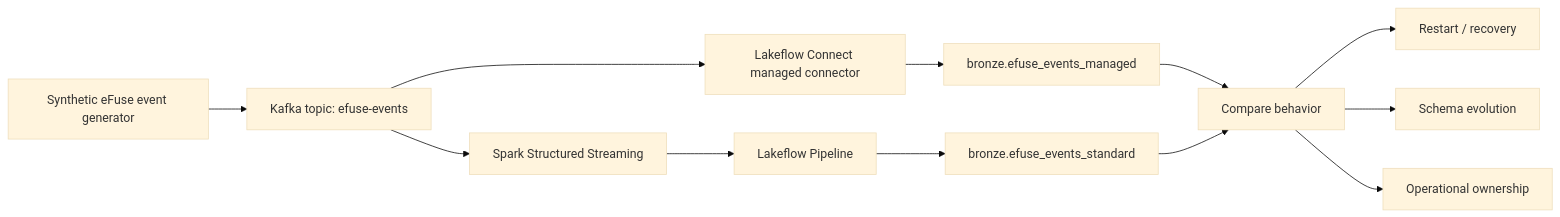
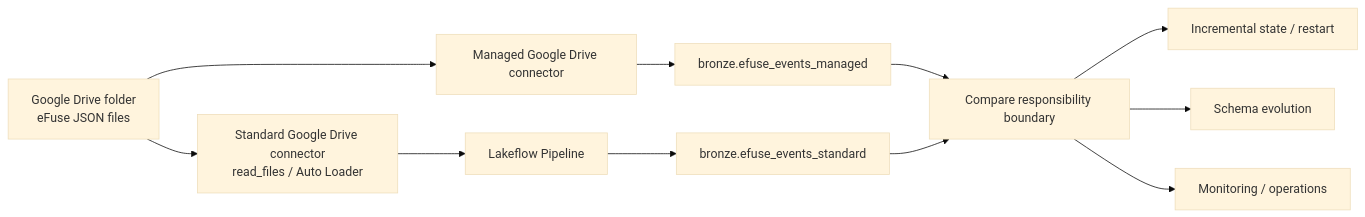
The diagram in docs/architecture.md (jayaprakash87/lakeflow-connect-learning), drawn with Mermaid (base theme) before and after one commit. The commit also changed other lines of this file, not shown here.

Commit message:
Update architecture for Google Drive comparison

````diff
--- a/docs/architecture.md
+++ b/docs/architecture.md
@@ -3,18 +5,18 @@
 ```mermaid
 flowchart LR
-    G[Synthetic eFuse event generator] --> K[Kafka topic: efuse-events]
+    G[Google Drive folder<br/>eFuse JSON files]
 
-    K --> M[Lakeflow Connect managed connector]
+    G --> M[Managed Google Drive connector]
     M --> BM[bronze.efuse_events_managed]
 
-    K --> S[Spark Structured Streaming]
+    G --> S[Standard Google Drive connector<br/>read_files / Auto Loader]
     S --> P[Lakeflow Pipeline]
     P --> BS[bronze.efuse_events_standard]
 
-    BM --> C[Compare behavior]
+    BM --> C[Compare responsibility boundary]
     BS --> C
 
-    C --> R[Restart / recovery]
+    C --> I[Incremental state / restart]
     C --> E[Schema evolution]
-    C --> O[Operational ownership]
+    C --> O[Monitoring / operations]
 ```
````
